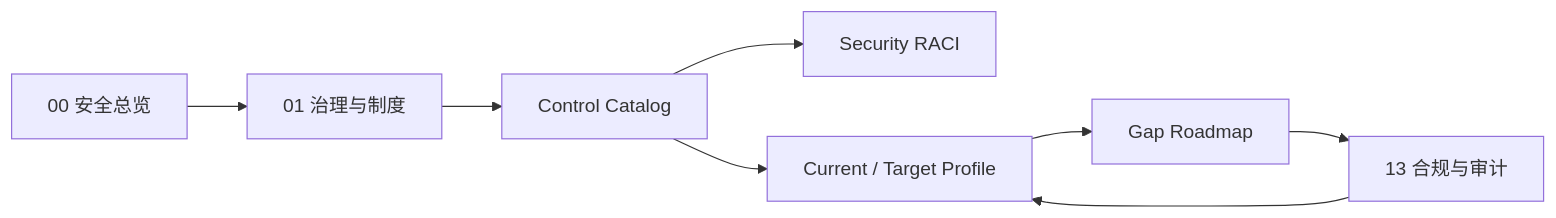
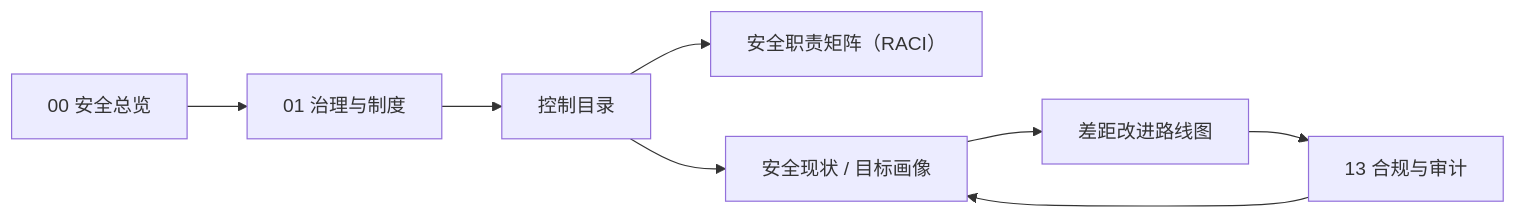
The second of 10 diagrams in docs/公司安全知识图谱.md (xiaochen201807/company-network-security-docs), drawn with Mermaid before and after one commit. The commit also changed other lines of this file and 81 other files, not shown here.

```diff
--- a/docs/公司安全知识图谱.md
+++ b/docs/公司安全知识图谱.md
@@ -132,10 +132,10 @@
 ~~~mermaid
 flowchart LR
     A["00 安全总览"] --> B["01 治理与制度"]
-    B --> C["Control Catalog"]
-    C --> D["Security RACI"]
-    C --> E["Current / Target Profile"]
-    E --> F["Gap Roadmap"]
+    B --> C["控制目录"]
+    C --> D["安全职责矩阵（RACI）"]
+    C --> E["安全现状 / 目标画像"]
+    E --> F["差距改进路线图"]
     F --> G["13 合规与审计"]
     G --> E
 ~~~
```
